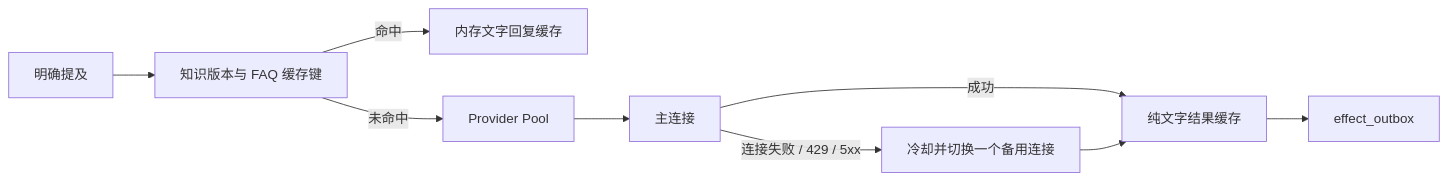
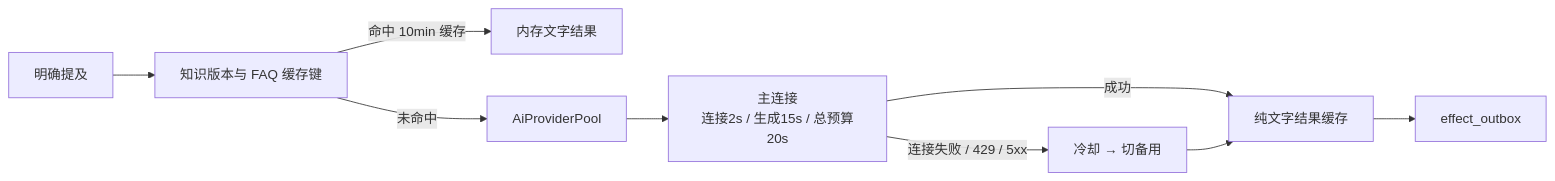
The fifth of 7 diagrams in docs/ARCHITECTURE.md (DH-devmax/d-hbot), drawn with Mermaid before and after one commit. The commit also changed other lines of this file and 2 other files, not shown here.

First line of the commit message:
docs: 完善ARCHITECTURE.md / TECHNICAL-DESIGN.md / DATABASE-SCHEMA.md

````diff
--- a/docs/ARCHITECTURE.md
+++ b/docs/ARCHITECTURE.md
@@ -65,11 +178,11 @@
 ```mermaid
 flowchart LR
   A["明确提及"] --> B["知识版本与 FAQ 缓存键"]
-  B -->|命中| C["内存文字回复缓存"]
-  B -->|未命中| D["Provider Pool"]
-  D --> E["主连接"]
-  E -->|连接失败 / 429 / 5xx| F["冷却并切换一个备用连接"]
-  E -->|成功| G["纯文字结果缓存"]
+  B -->|"命中 10min 缓存"| C["内存文字结果"]
+  B -->|"未命中"| D["AiProviderPool"]
+  D --> E["主连接<br/>连接2s / 生成15s / 总预算20s"]
+  E -->|"连接失败 / 429 / 5xx"| F["冷却 → 切备用"]
+  E -->|"成功"| G["纯文字结果缓存"]
   F --> G
   G --> H["effect_outbox"]
 ```
````
